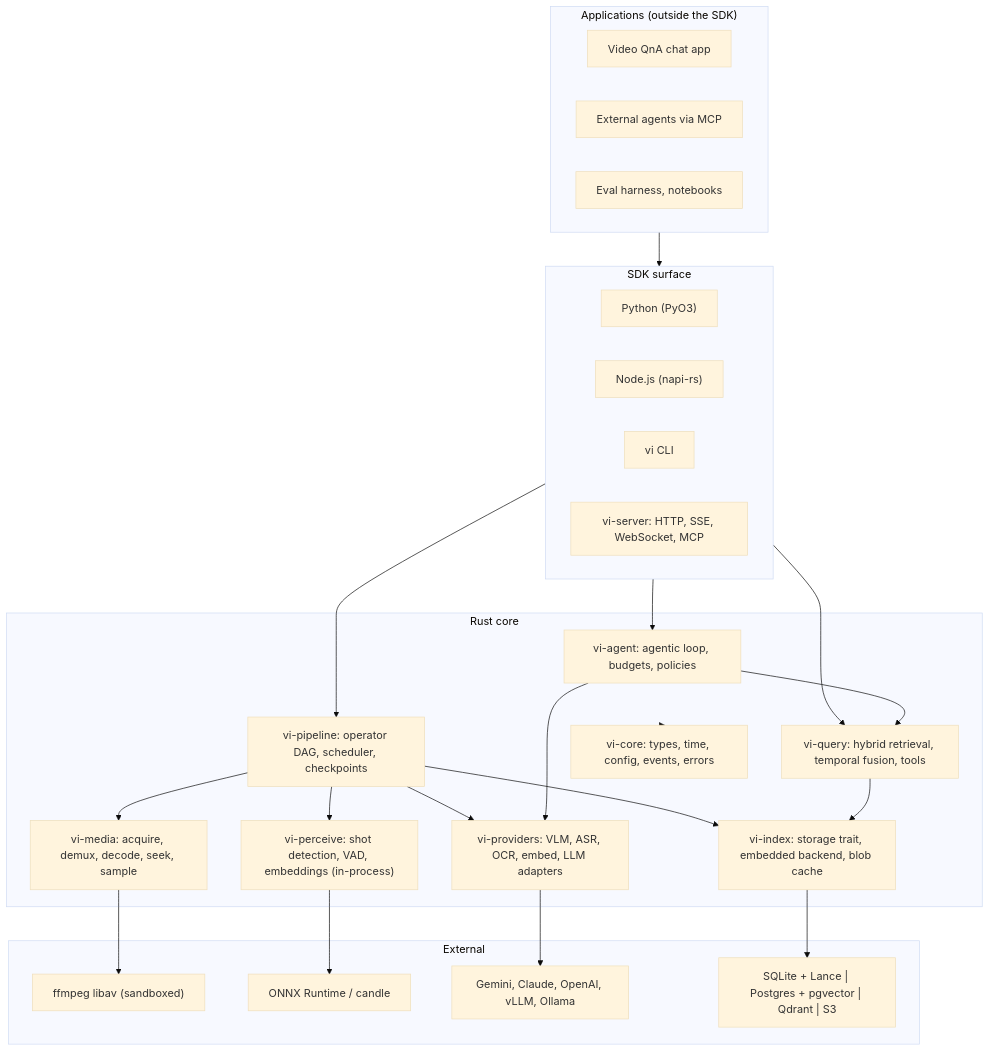
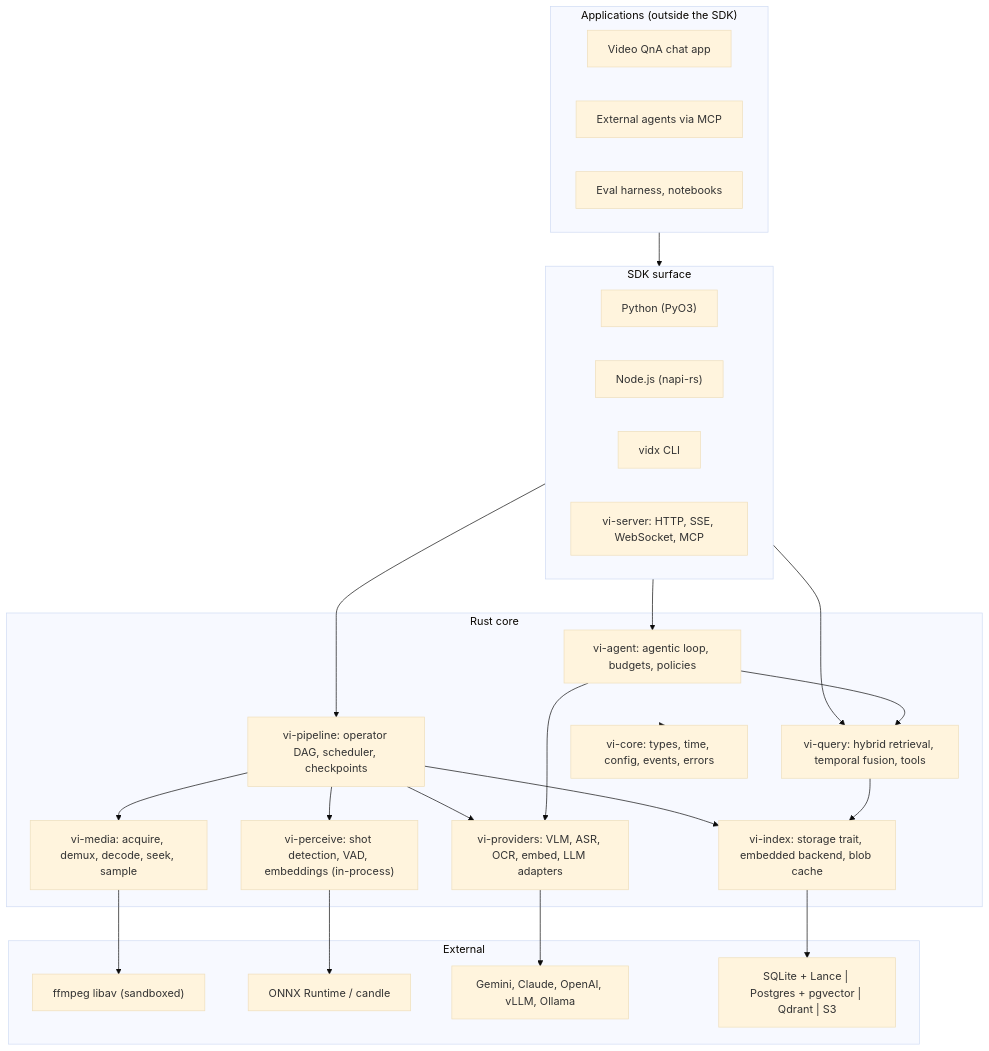
One commit to VideoIndex/videoindex changed the first of 3 diagrams in docs/02-architecture.md. Above: the diagram before and after it, drawn with Mermaid (base theme). The commit also changed other lines of this file and 8 other files, not shown here.

Commit message:
docs: the CLI is vidx (was vi); note the rename in the stability policy

````diff
--- a/docs/02-architecture.md
+++ b/docs/02-architecture.md
@@ -5,43 +5,43 @@
 ```mermaid
 flowchart TB
     subgraph Apps["Applications (outside the SDK)"]
         Chat["Video QnA chat app"]
         Agents["External agents via MCP"]
         Notebooks["Eval harness, notebooks"]
     end
 
     subgraph Surface["SDK surface"]
         Py["Python (PyO3)"]
         Node["Node.js (napi-rs)"]
-        CLI["vi CLI"]
+        CLI["vidx CLI"]
         Server["vi-server: HTTP, SSE, WebSocket, MCP"]
     end
 
     subgraph Core["Rust core"]
         Agent["vi-agent: agentic loop, budgets, policies"]
         Query["vi-query: hybrid retrieval, temporal fusion, tools"]
         Pipeline["vi-pipeline: operator DAG, scheduler, checkpoints"]
         Perceive["vi-perceive: shot detection, VAD, embeddings (in-process)"]
         Providers["vi-providers: VLM, ASR, OCR, embed, LLM adapters"]
         Media["vi-media: acquire, demux, decode, seek, sample"]
         Index["vi-index: storage trait, embedded backend, blob cache"]
         CoreTypes["vi-core: types, time, config, events, errors"]
     end
 
     subgraph External["External"]
         FF["ffmpeg libav (sandboxed)"]
         ONNX["ONNX Runtime / candle"]
         APIs["Gemini, Claude, OpenAI, vLLM, Ollama"]
         Store["SQLite + Lance | Postgres + pgvector | Qdrant | S3"]
     end
 
     Apps --> Surface --> Agent & Query & Pipeline
     Agent --> Query --> Index
     Agent --> Providers
     Pipeline --> Media & Perceive & Providers & Index
     Media --> FF
     Perceive --> ONNX
     Providers --> APIs
     Index --> Store
     Core --> CoreTypes
 ```
````
